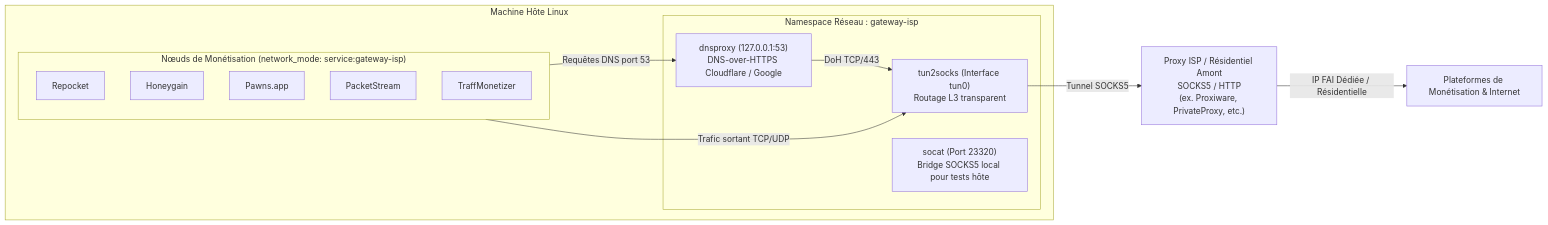
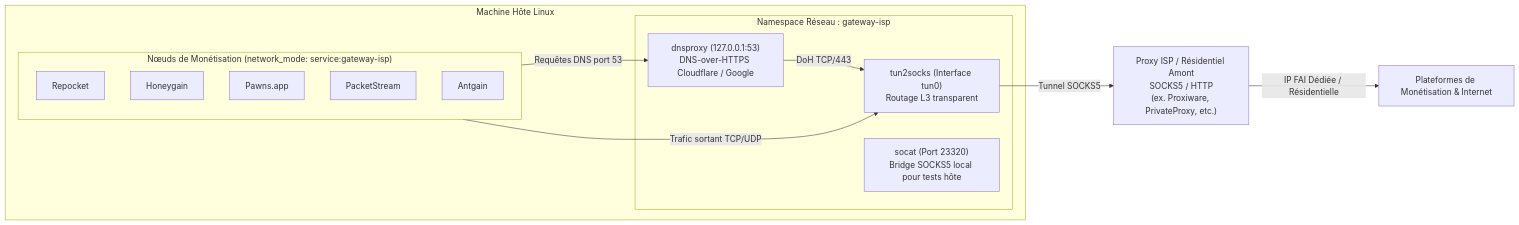
Before and after one commit to ki2pixel/proxy_docker: the diagram in docs/Integration_Passerelle_ISP_Residential.md, drawn with Mermaid. The commit also changed other lines of this file and 28 other files, not shown here.

Commit message:
feat(monetisation): remplacement de TraffMonetizer par Antgain (pinors/antgain-cli)

````diff
--- a/docs/Integration_Passerelle_ISP_Residential.md
+++ b/docs/Integration_Passerelle_ISP_Residential.md
@@ -11,27 +11,27 @@
 ```mermaid
 graph LR
     subgraph DockerHost ["Machine Hôte Linux"]
         subgraph ISPNamespace ["Namespace Réseau : gateway-isp"]
             TUN["tun2socks (Interface tun0)<br>Routage L3 transparent"]
             DNS["dnsproxy (127.0.0.1:53)<br>DNS-over-HTTPS Cloudflare / Google"]
             SOCAT["socat (Port 23320)<br>Bridge SOCKS5 local pour tests hôte"]
         end
 
         subgraph MonetizationNodes ["Nœuds de Monétisation (network_mode: service:gateway-isp)"]
             RP["Repocket"]
             HG["Honeygain"]
             PA["Pawns.app"]
             PS["PacketStream"]
-            PR["TraffMonetizer"]
+            PR["Antgain"]
         end
     end
 
     PROXY["Proxy ISP / Résidentiel Amont<br>SOCKS5 / HTTP<br>(ex. Proxiware, PrivateProxy, etc.)"]
     INTERNET["Plateformes de Monétisation & Internet"]
 
     MonetizationNodes -->|Trafic sortant TCP/UDP| TUN
     MonetizationNodes -->|Requêtes DNS port 53| DNS
     DNS -->|DoH TCP/443| TUN
     TUN -->|Tunnel SOCKS5| PROXY
     PROXY -->|IP FAI Dédiée / Résidentielle| INTERNET
 ```
````
